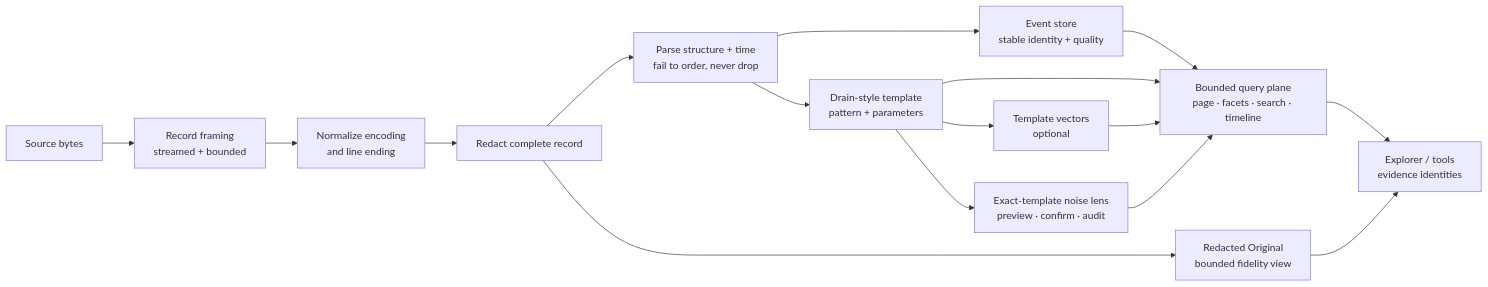
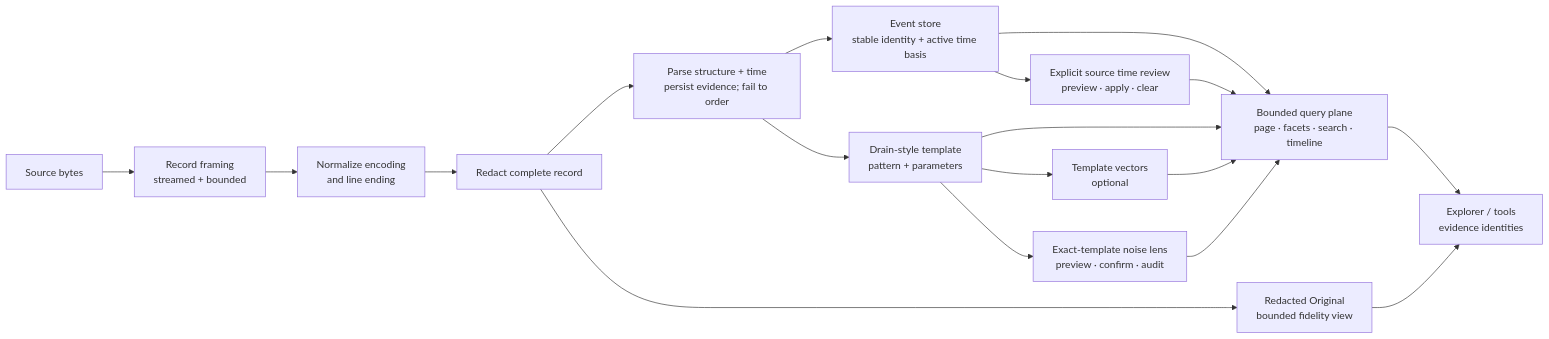
The first of 2 diagrams in docs/design/proven-methods/LOG_EVIDENCE_PIPELINE.md (chriscase/ContextDesk), drawn with Mermaid before and after one commit. The commit also changed other lines of this file and 20 other files, not shown here.

Commit message:
feat(logs): apply source timezones atomically (#779, #780)

````diff
--- a/docs/design/proven-methods/LOG_EVIDENCE_PIPELINE.md
+++ b/docs/design/proven-methods/LOG_EVIDENCE_PIPELINE.md
@@ -65,27 +71,29 @@
 ```mermaid
 flowchart LR
 %% title: Bounded log evidence pipeline
     A["Source bytes"]
     B["Record framing<br/>streamed + bounded"]
     C["Normalize encoding<br/>and line ending"]
     D["Redact complete record"]
-    E["Parse structure + time<br/>fail to order, never drop"]
-    F["Event store<br/>stable identity + quality"]
+    E["Parse structure + time<br/>persist evidence; fail to order"]
+    F["Event store<br/>stable identity + active time basis"]
     G["Drain-style template<br/>pattern + parameters"]
     H["Template vectors<br/>optional"]
     I["Bounded query plane<br/>page · facets · search · timeline"]
+    T["Explicit source time review<br/>preview · apply · clear"]
     L["Exact-template noise lens<br/>preview · confirm · audit"]
     J["Explorer / tools<br/>evidence identities"]
     K["Redacted Original<br/>bounded fidelity view"]
 
     A --> B --> C --> D
     D --> E --> F
     D --> K
     E --> G --> H
     F --> I
+    F --> T --> I
     G --> I
     H --> I
     G --> L --> I
     I --> J
     K --> J
 ```
````
